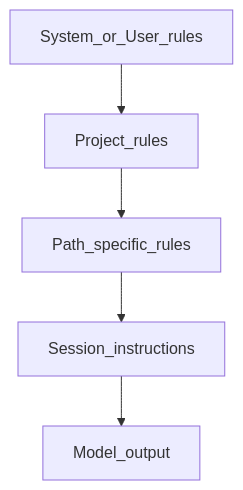
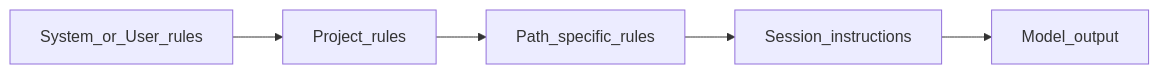
The diagram in pages/theory/03-rules-systems.md (programmingmentor/2026-fwdays-rules-commands-skills), drawn with Mermaid before and after one commit. The commit also changed other lines of this file and 15 other files, not shown here.

````diff
--- a/pages/theory/03-rules-systems.md
+++ b/pages/theory/03-rules-systems.md
@@ -39,7 +41,7 @@
 ```mermaid
-flowchart TB
+flowchart LR
   SystemRules[System_or_User_rules] --> ProjectRules[Project_rules]
   ProjectRules --> PathRules[Path_specific_rules]
   PathRules --> Session[Session_instructions]
   Session --> Output[Model_output]
 ```
````
